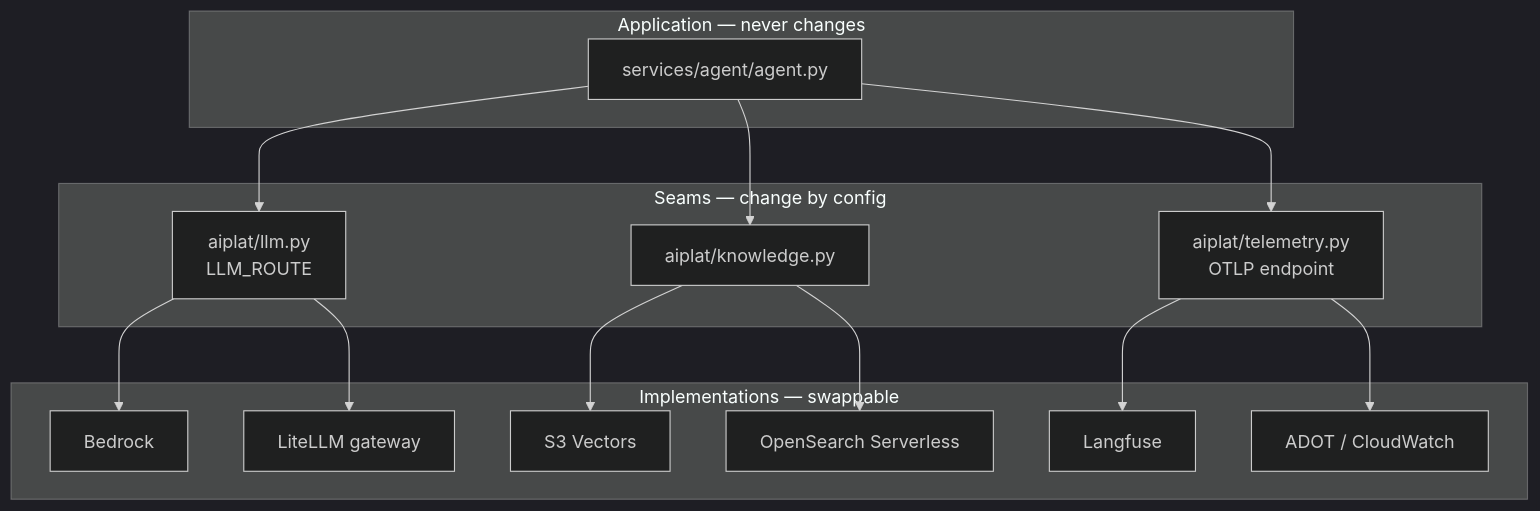
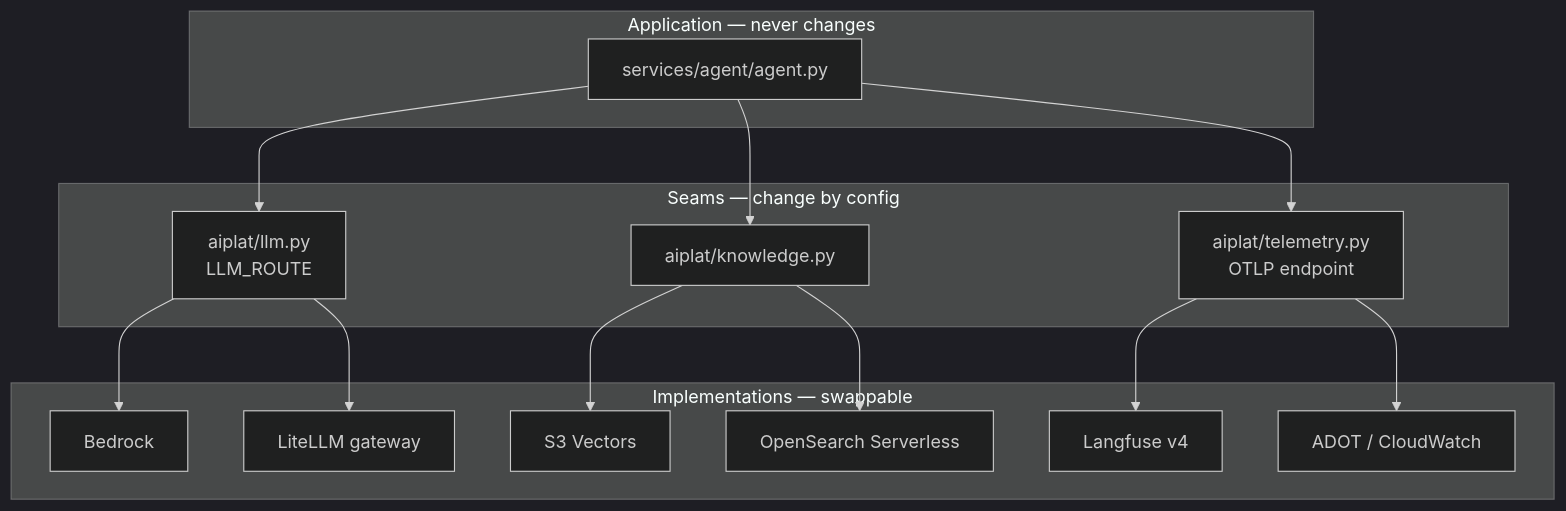
One commit to gnutvz/AWS-GenAI-Platform changed the second of 2 diagrams in docs/architecture.md. Above: the diagram before and after it, drawn with Mermaid (dark theme). The commit also changed other lines of this file and 14 other files, not shown here.

````diff
--- a/docs/architecture.md
+++ b/docs/architecture.md
@@ -36,24 +36,24 @@
 ```mermaid
 flowchart TD
     subgraph app["Application — never changes"]
         A[services/agent/agent.py]
     end
     subgraph seam["Seams — change by config"]
         L[aiplat/llm.py<br/>LLM_ROUTE]
         K[aiplat/knowledge.py]
         T[aiplat/telemetry.py<br/>OTLP endpoint]
     end
     subgraph impl["Implementations — swappable"]
         B[Bedrock]
         G[LiteLLM gateway]
         SV[S3 Vectors]
         OS[OpenSearch Serverless]
-        LFA[Langfuse]
+        LFA[Langfuse v4]
         ADOT[ADOT / CloudWatch]
     end
 
     A --> L & K & T
     L --> B & G
     K --> SV & OS
     T --> LFA & ADOT
 ```
````
